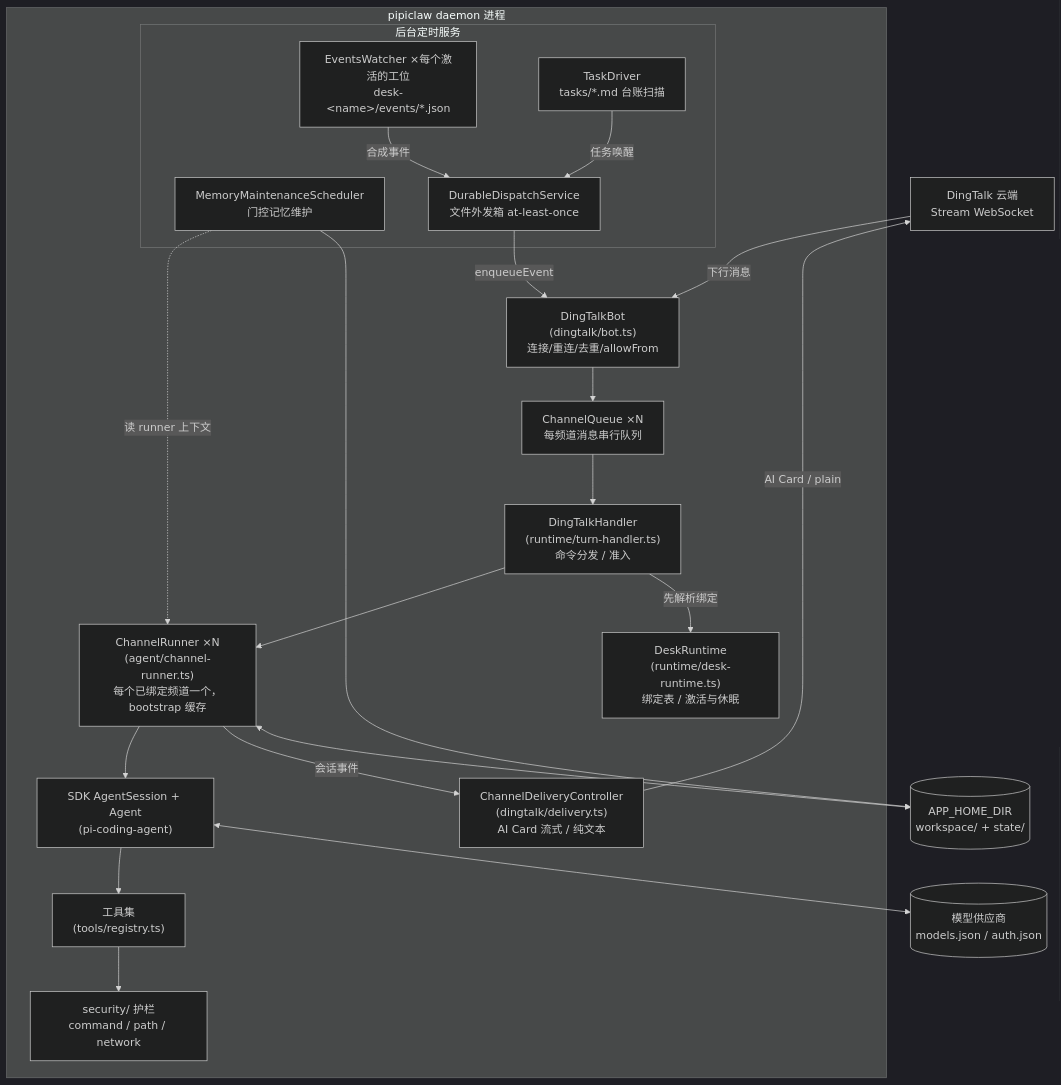
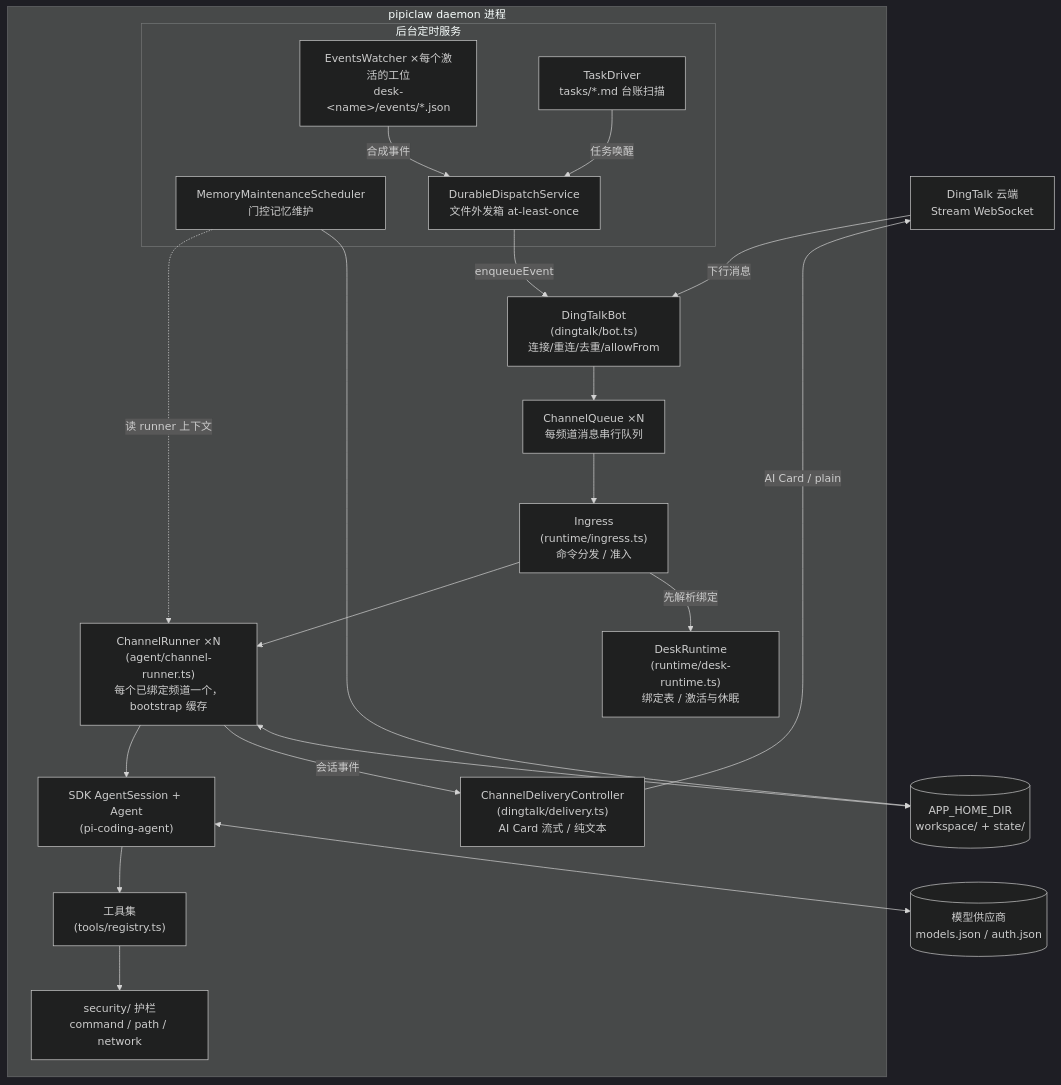
Before and after one commit to oyasmi/pipiclaw: the first of 4 diagrams in docs/architecture.md, drawn with Mermaid (dark theme). The commit also changed other lines of this file and 77 other files, not shown here.

First line of the commit message:
refactor: transports behind a Transport/Ingress contract and a structured turn output

````diff
--- a/docs/architecture.md
+++ b/docs/architecture.md
@@ -64,38 +64,38 @@
 ```mermaid
 flowchart TB
     DT[DingTalk 云端<br/>Stream WebSocket]
 
     subgraph daemon [pipiclaw daemon 进程]
         BOT["DingTalkBot<br/>(dingtalk/bot.ts)<br/>连接/重连/去重/allowFrom"]
         CQ["ChannelQueue ×N<br/>每频道消息串行队列"]
-        HANDLER["DingTalkHandler<br/>(runtime/turn-handler.ts)<br/>命令分发 / 准入"]
+        HANDLER["Ingress<br/>(runtime/ingress.ts)<br/>命令分发 / 准入"]
         DESKS["DeskRuntime<br/>(runtime/desk-runtime.ts)<br/>绑定表 / 激活与休眠"]
         RUNNER["ChannelRunner ×N<br/>(agent/channel-runner.ts)<br/>每个已绑定频道一个，bootstrap 缓存"]
         SESSION["SDK AgentSession + Agent<br/>(pi-coding-agent)"]
         TOOLS["工具集<br/>(tools/registry.ts)"]
         SEC["security/ 护栏<br/>command / path / network"]
         DELIVERY["ChannelDeliveryController<br/>(dingtalk/delivery.ts)<br/>AI Card 流式 / 纯文本"]
 
         subgraph bg [后台定时服务]
             EW["EventsWatcher ×每个激活的工位<br/>desk-&lt;name&gt;/events/*.json"]
             TD["TaskDriver<br/>tasks/*.md 台账扫描"]
             MMS["MemoryMaintenanceScheduler<br/>门控记忆维护"]
             DD["DurableDispatchService<br/>文件外发箱 at-least-once"]
         end
     end
 
     LLM[(模型供应商<br/>models.json / auth.json)]
     FS[(APP_HOME_DIR<br/>workspace/ + state/)]
 
     DT -->|下行消息| BOT --> CQ --> HANDLER --> RUNNER --> SESSION
     HANDLER -->|先解析绑定| DESKS
     SESSION --> TOOLS --> SEC
     SESSION <--> LLM
     RUNNER -->|会话事件| DELIVERY -->|AI Card / plain| DT
     EW -->|合成事件| DD
     TD -->|任务唤醒| DD
     DD -->|enqueueEvent| BOT
     MMS -.->|读 runner 上下文| RUNNER
     MMS --> FS
     RUNNER <--> FS
 ```
````
